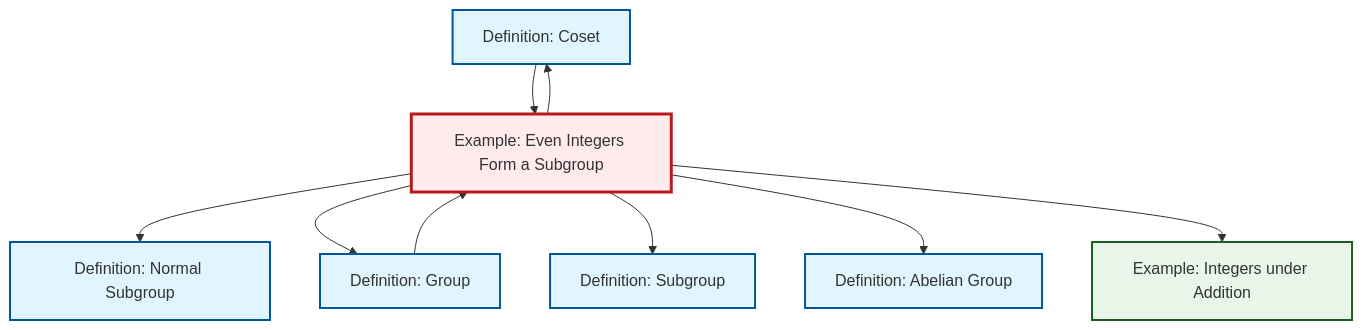
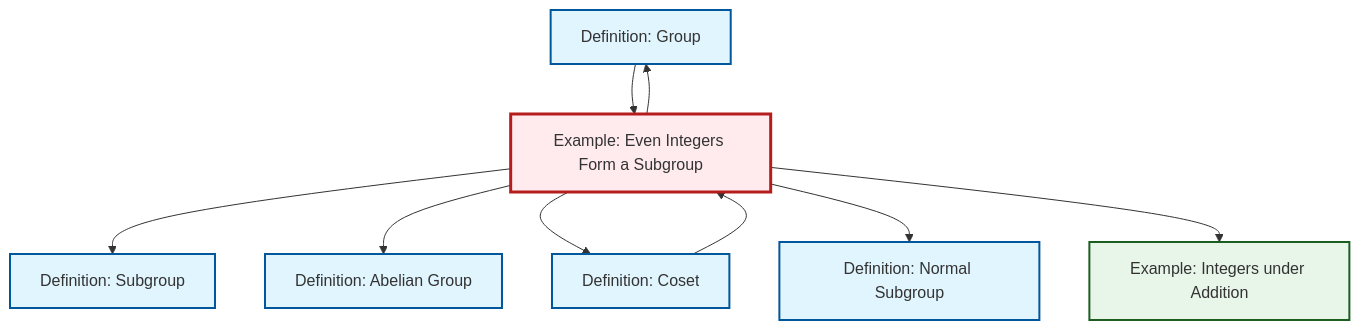
The diagram in content/en/algebra/ex-even-integers-subgroup.qmd (RK0429/ModernMath), drawn with Mermaid before and after one commit. The commit also changed other lines of this file and 615 other files, not shown here.

````diff
--- a/content/en/algebra/ex-even-integers-subgroup.qmd
+++ b/content/en/algebra/ex-even-integers-subgroup.qmd
@@ -51,31 +51,31 @@
 ```{mermaid}
 %%| fig-cap: "Local dependency graph"
 graph TD
     classDef definition fill:#e1f5fe,stroke:#01579b,stroke-width:2px
     classDef theorem fill:#f3e5f5,stroke:#4a148c,stroke-width:2px
     classDef axiom fill:#fff3e0,stroke:#e65100,stroke-width:2px
     classDef example fill:#e8f5e9,stroke:#1b5e20,stroke-width:2px
     classDef current fill:#ffebee,stroke:#b71c1c,stroke-width:3px
+    ex-integers-addition["Example: Integers under Addition"]:::example
+    def-group["Definition: Group"]:::definition
+    def-subgroup["Definition: Subgroup"]:::definition
     def-abelian-group["Definition: Abelian Group"]:::definition
-    ex-integers-addition["Example: Integers under Addition"]:::example
+    ex-even-integers-subgroup["Example: Even Integers Form a Subgroup"]:::example
     def-coset["Definition: Coset"]:::definition
     def-normal-subgroup["Definition: Normal Subgroup"]:::definition
-    ex-even-integers-subgroup["Example: Even Integers Form a Subgroup"]:::example
-    def-group["Definition: Group"]:::definition
-    def-subgroup["Definition: Subgroup"]:::definition
+    ex-even-integers-subgroup --> def-subgroup
+    ex-even-integers-subgroup --> def-group
+    def-coset --> ex-even-integers-subgroup
+    ex-even-integers-subgroup --> def-abelian-group
+    ex-even-integers-subgroup --> def-coset
     def-group --> ex-even-integers-subgroup
     ex-even-integers-subgroup --> def-normal-subgroup
-    ex-even-integers-subgroup --> def-group
-    ex-even-integers-subgroup --> def-subgroup
-    def-coset --> ex-even-integers-subgroup
-    ex-even-integers-subgroup --> def-coset
-    ex-even-integers-subgroup --> def-abelian-group
     ex-even-integers-subgroup --> ex-integers-addition
     class ex-even-integers-subgroup current
+    click ex-integers-addition "ex-integers-addition.html" "Go to Integers under Addition example"
+    click def-group "def-group.html" "Go to Group definition"
+    click def-subgroup "def-subgroup.html" "Go to Subgroup definition"
     click def-abelian-group "def-abelian-group.html" "Go to Abelian Group definition"
-    click ex-integers-addition "ex-integers-addition.html" "Go to Integers under Addition example"
     click def-coset "def-coset.html" "Go to Coset definition"
     click def-normal-subgroup "def-normal-subgroup.html" "Go to Normal Subgroup definition"
-    click def-group "def-group.html" "Go to Group definition"
-    click def-subgroup "def-subgroup.html" "Go to Subgroup definition"
 ```
````
